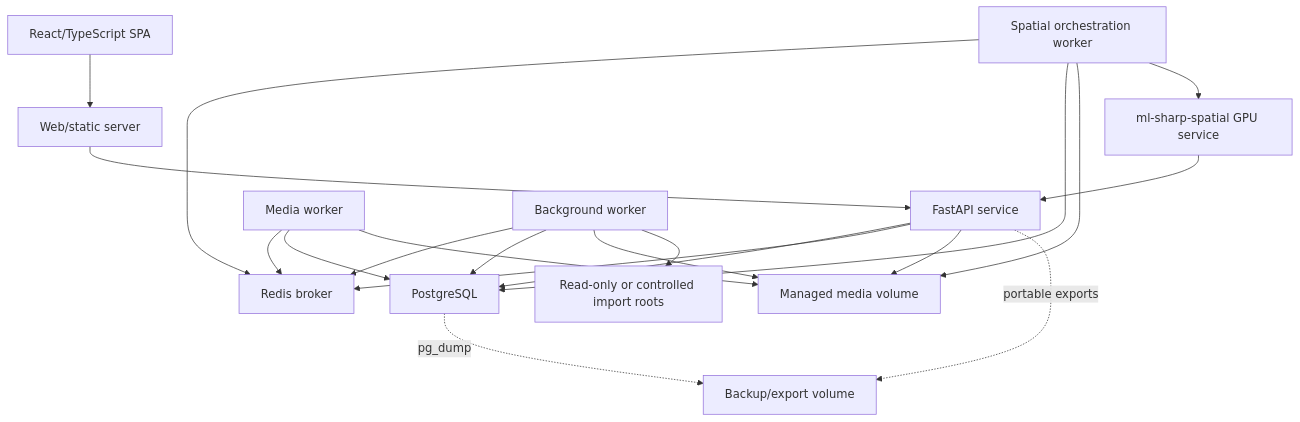
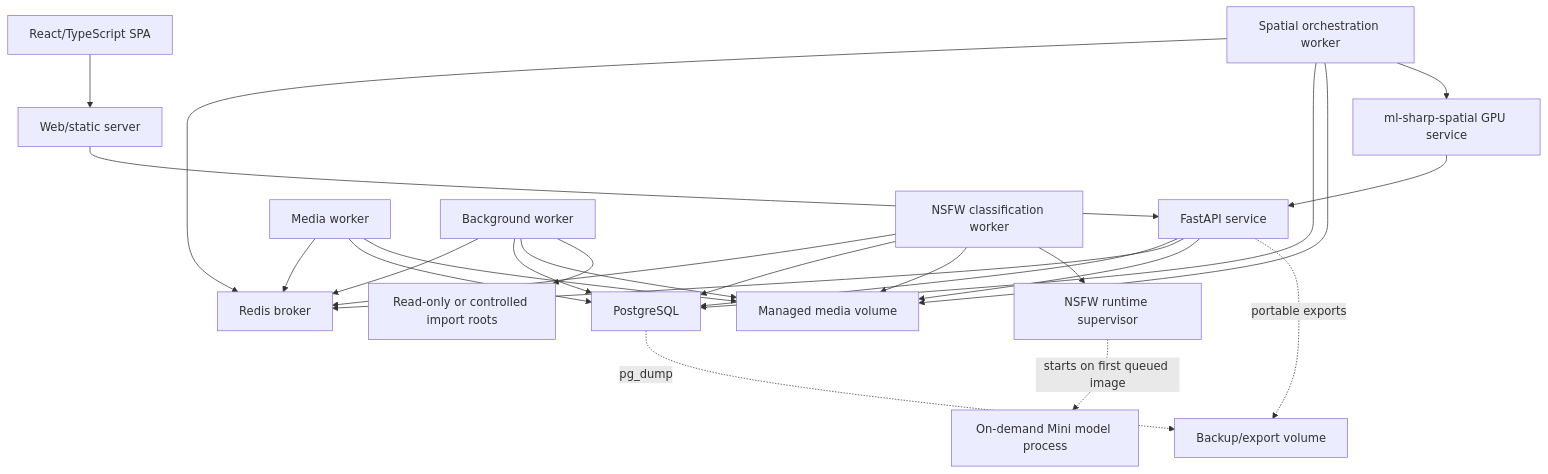
The second of 3 diagrams in doc/architecture/system-overview.md (blkot/ProjectComfyGallery), drawn with Mermaid before and after one commit. The commit also changed other lines of this file and 55 other files, not shown here.

Commit message:
feat: add on-demand NSFW classification

````diff
--- a/doc/architecture/system-overview.md
+++ b/doc/architecture/system-overview.md
@@ -35,35 +35,43 @@
 ```mermaid
 flowchart TB
     Browser["React/TypeScript SPA"]
     Web["Web/static server"]
     API["FastAPI service"]
     MediaWorker["Media worker"]
     BackgroundWorker["Background worker"]
     SpatialWorker["Spatial orchestration worker"]
+    NsfwWorker["NSFW classification worker"]
+    NsfwSupervisor["NSFW runtime supervisor"]
+    NsfwModel["On-demand Mini model process"]
     MSS["ml-sharp-spatial GPU service"]
     Redis["Redis broker"]
     DB["PostgreSQL"]
     Managed["Managed media volume"]
     Sources["Read-only or controlled import roots"]
     Backups["Backup/export volume"]
 
     Browser --> Web
     Web --> API
     API --> DB
     API --> Redis
     MediaWorker --> Redis
     MediaWorker --> DB
     MediaWorker --> Managed
     BackgroundWorker --> Redis
     BackgroundWorker --> DB
     BackgroundWorker --> Managed
     BackgroundWorker --> Sources
     SpatialWorker --> Redis
     SpatialWorker --> DB
     SpatialWorker --> Managed
     SpatialWorker --> MSS
     MSS --> API
+    NsfwWorker --> Redis
+    NsfwWorker --> DB
+    NsfwWorker --> Managed
+    NsfwWorker --> NsfwSupervisor
+    NsfwSupervisor -. "starts on first queued image" .-> NsfwModel
     API --> Managed
     DB -. "pg_dump" .-> Backups
     API -. "portable exports" .-> Backups
 ```
````
